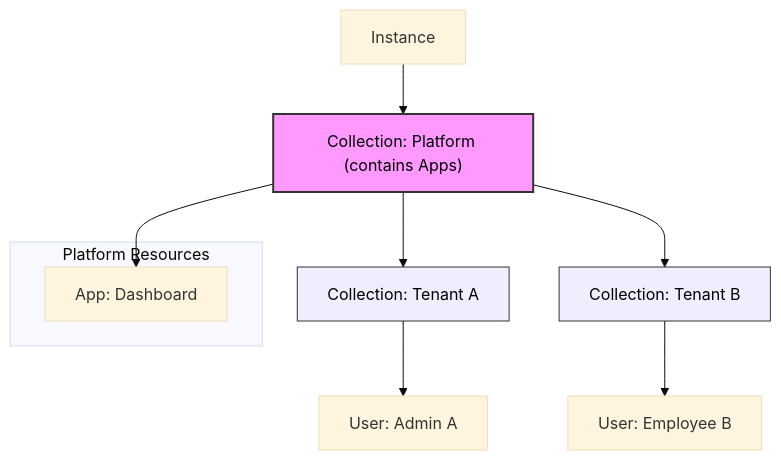
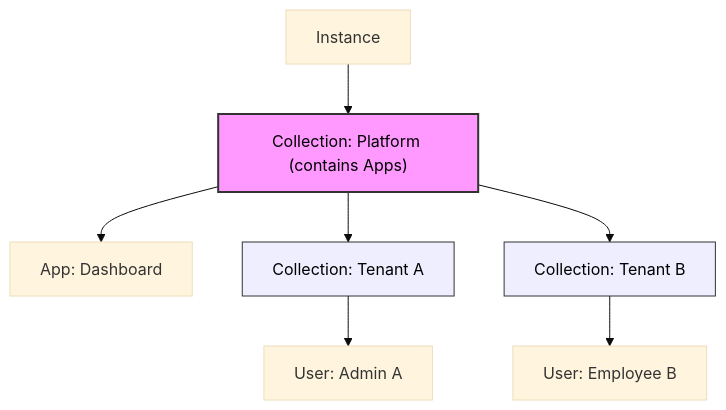
The fourth of 4 diagrams in aether_radical.md (zitadel/zitadel), drawn with Mermaid (base theme) before and after one commit. The commit also changed other lines of this file, not shown here.

Commit message:
cleanup graphs

````diff
--- a/aether_radical.md
+++ b/aether_radical.md
@@ -192,28 +190,26 @@
 ```mermaid
 graph TD
     Instance[Instance]
     Platform["Collection: Platform (contains Apps)"]
 
-    subgraph "Platform Resources"
-        App["App: Dashboard"]
-    end
+    App["App: Dashboard"]
 
     TenantA["Collection: Tenant A"]
     UserA["User: Admin A"]
 
     TenantB["Collection: Tenant B"]
     UserB["User: Employee B"]
 
     Instance --> Platform
     Platform --> TenantA
     Platform --> TenantB
 
     Platform --> App
 
     TenantA --> UserA
     TenantB --> UserB
 
     style Platform fill:#f9f,stroke:#333,stroke-width:2px,color:#000
     style TenantA fill:#eef,stroke:#333,stroke-width:1px,color:#000
     style TenantB fill:#eef,stroke:#333,stroke-width:1px,color:#000
 ```
````
